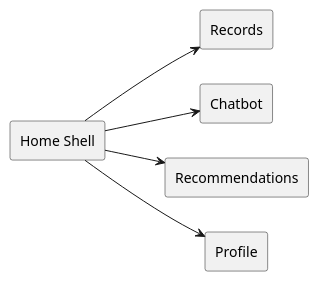
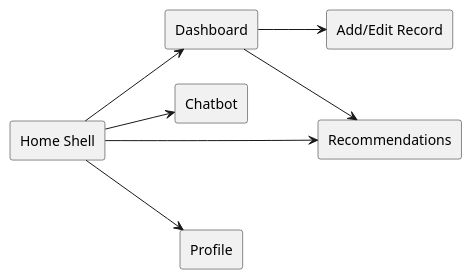
One commit to SA62-team4/mobile-application-dev-ca changed the second of 2 diagrams in docs/specs/07-plan-android-ui-flows.md. Above: the diagram before and after it, drawn with PlantUML. The commit also changed other lines of this file and 4 other files, not shown here.

First line of the commit message:
docs: consolidate wellness dashboard spec into UI flows; enforce spec conventions

````diff
--- a/docs/specs/07-plan-android-ui-flows.md
+++ b/docs/specs/07-plan-android-ui-flows.md
@@ -120,16 +135,19 @@
 ```plantuml
 @startuml
 left to right direction
 
 rectangle "Home Shell" as Home
-rectangle "Records" as Records
+rectangle "Dashboard" as Dashboard
+rectangle "Add/Edit Record" as Record
 rectangle "Chatbot" as Chat
 rectangle "Recommendations" as Recs
 rectangle "Profile" as Profile
 
-Home --> Records
+Home --> Dashboard
 Home --> Chat
 Home --> Recs
 Home --> Profile
+Dashboard --> Record
+Dashboard --> Recs
 @enduml
 ```
````
